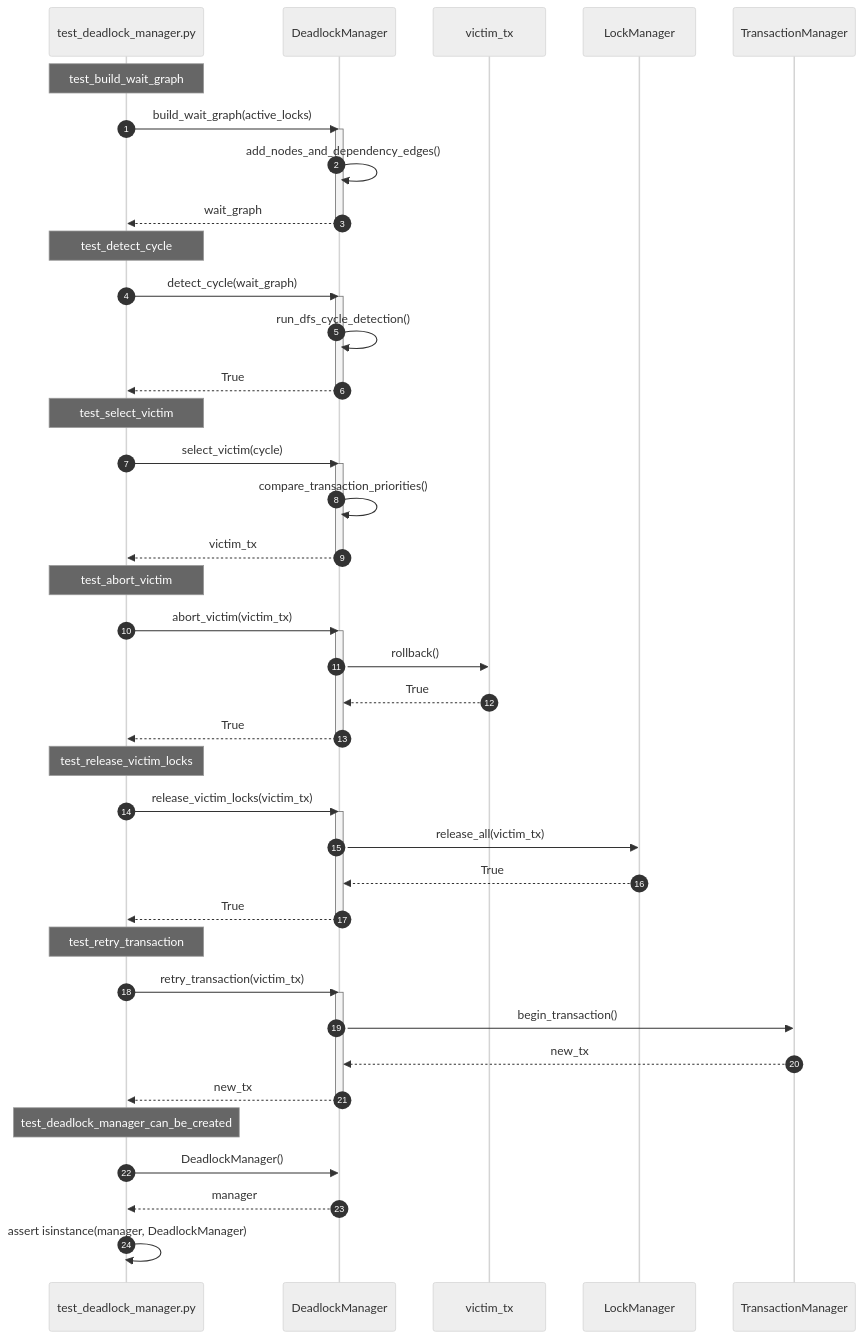
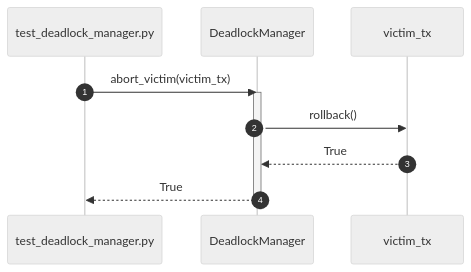
One commit to taitran501/DBMS changed the fourth of 45 diagrams in diagrams/sequence/transaction.md. Above: the diagram before and after it, drawn with Mermaid (neutral theme). The commit also changed other lines of this file and 44 other files, not shown here.

````diff
--- a/diagrams/sequence/transaction.md
+++ b/diagrams/sequence/transaction.md
@@ -9,56 +56,14 @@
 ```mermaid
 sequenceDiagram
     autonumber
     participant Test as test_deadlock_manager.py
     participant SUT as DeadlockManager
+    participant victim_tx as victim_tx
 
-    Note over Test: test_build_wait_graph
-    Test->>SUT: build_wait_graph(active_locks)
-    activate SUT
-    SUT->>SUT: add_nodes_and_dependency_edges()
-    SUT-->>Test: wait_graph
-    deactivate SUT
-
-    Note over Test: test_detect_cycle
-    Test->>SUT: detect_cycle(wait_graph)
-    activate SUT
-    SUT->>SUT: run_dfs_cycle_detection()
-    SUT-->>Test: True
-    deactivate SUT
-
-    Note over Test: test_select_victim
-    Test->>SUT: select_victim(cycle)
-    activate SUT
-    SUT->>SUT: compare_transaction_priorities()
-    SUT-->>Test: victim_tx
-    deactivate SUT
-
-    Note over Test: test_abort_victim
     Test->>SUT: abort_victim(victim_tx)
     activate SUT
     SUT->>victim_tx: rollback()
     victim_tx-->>SUT: True
     SUT-->>Test: True
     deactivate SUT
-
-    Note over Test: test_release_victim_locks
-    Test->>SUT: release_victim_locks(victim_tx)
-    activate SUT
-    SUT->>LockManager: release_all(victim_tx)
-    LockManager-->>SUT: True
-    SUT-->>Test: True
-    deactivate SUT
-
-    Note over Test: test_retry_transaction
-    Test->>SUT: retry_transaction(victim_tx)
-    activate SUT
-    SUT->>TransactionManager: begin_transaction()
-    TransactionManager-->>SUT: new_tx
-    SUT-->>Test: new_tx
-    deactivate SUT
-
-    Note over Test: test_deadlock_manager_can_be_created
-    Test->>SUT: DeadlockManager()
-    SUT-->>Test: manager
-    Test->>Test: assert isinstance(manager, DeadlockManager)
 ```
````
